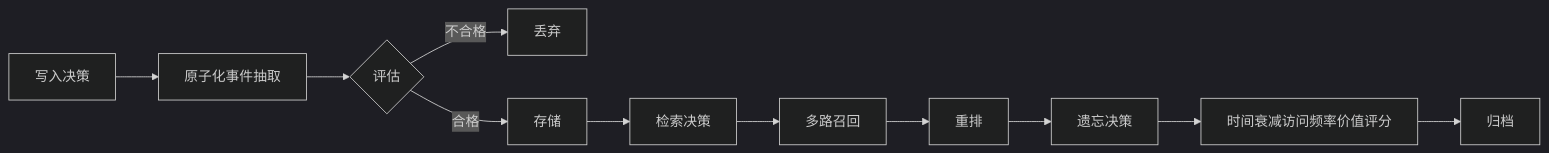
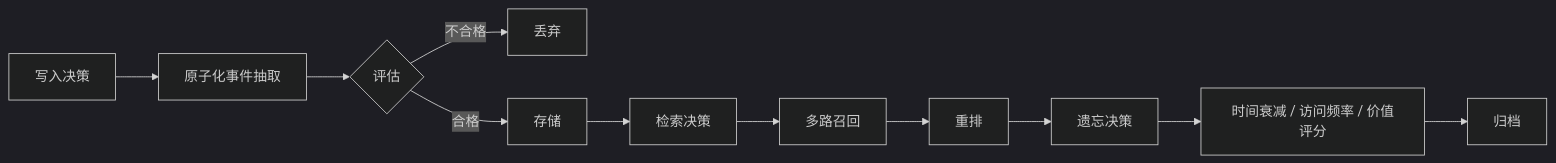
Before and after one commit to skkjkk/my-blog: the diagram in src/content/posts/AIAgent的记忆机制类型及短期长期记忆实现.md, drawn with Mermaid (dark theme). The commit also changed other lines of this file and 157 other files, not shown here.

````diff
--- a/src/content/posts/AIAgent的记忆机制类型及短期长期记忆实现.md
+++ b/src/content/posts/AIAgent的记忆机制类型及短期长期记忆实现.md
@@ -52,13 +53,13 @@
 ```mermaid
 flowchart LR
   A[写入决策] --> B[原子化事件抽取]
   B --> C{评估}
   C -->|不合格| D[丢弃]
   C -->|合格| E[存储]
   E --> F[检索决策]
   F --> G[多路召回]
   G --> H[重排]
   H --> I[遗忘决策]
-  I --> J[时间衰减访问频率价值评分]
+  I --> J[时间衰减 / 访问频率 / 价值评分]
   J --> K[归档]
 ```
````
